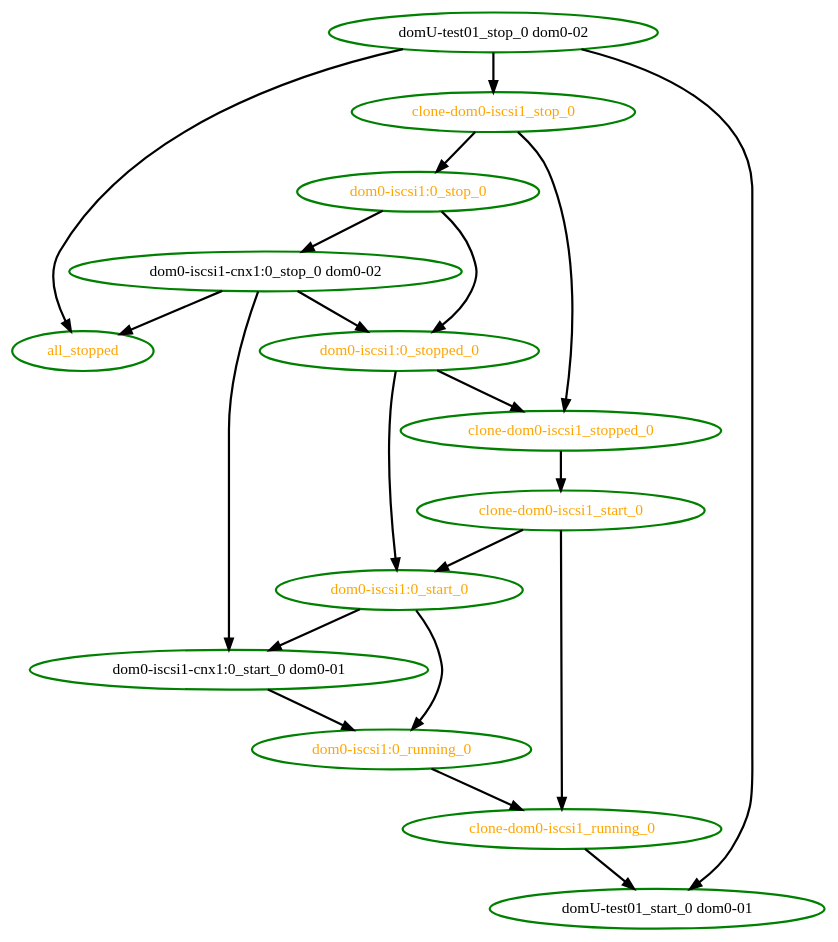
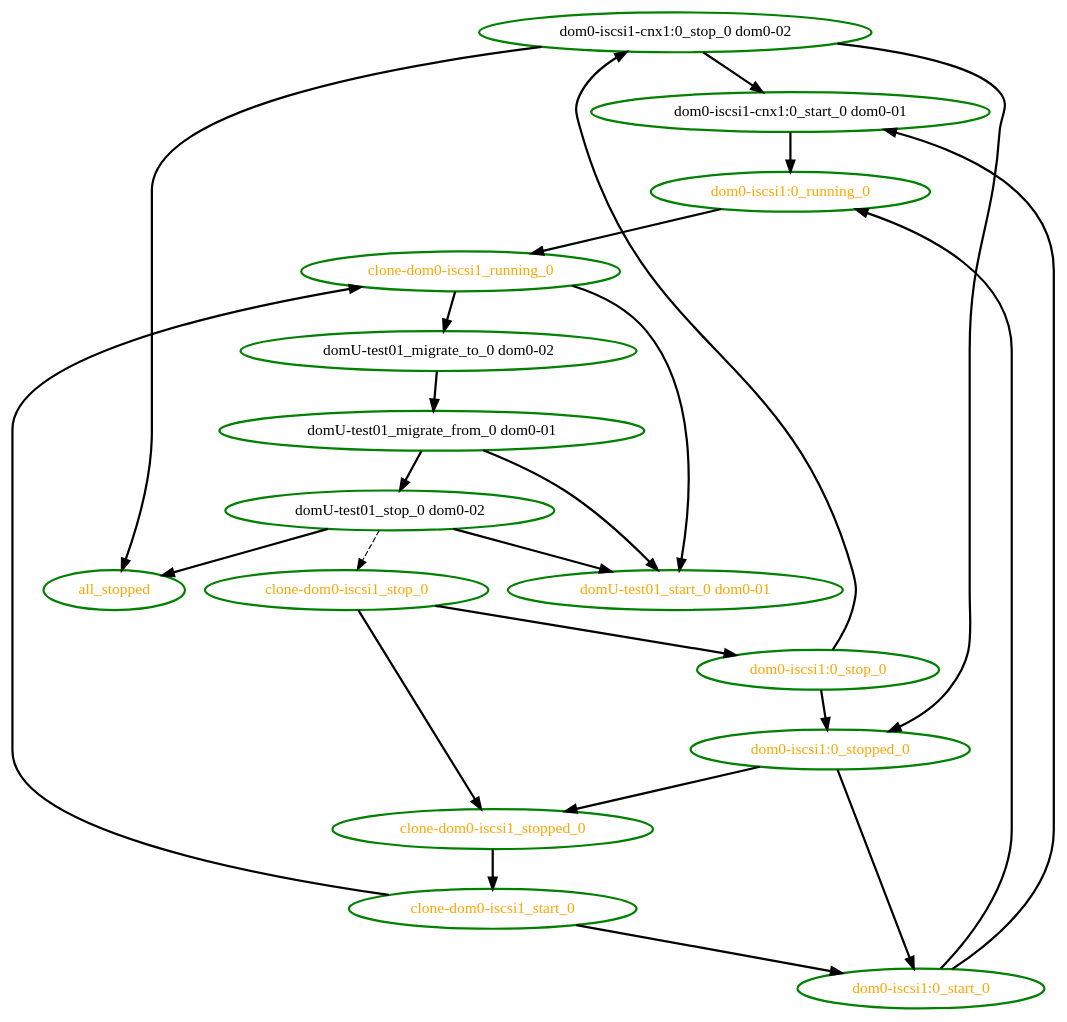
One commit to ClusterLabs/pacemaker changed the diagram in pengine/test10/migrate-stop_start.dot. Above: the diagram before and after it, drawn with Graphviz. The commit also changed 64 other files, not shown here.

```diff
--- a/pengine/test10/migrate-stop_start.dot
+++ b/pengine/test10/migrate-stop_start.dot
@@ -1,35 +1,41 @@
 digraph "g" {
 "all_stopped" [ style=bold color="green" fontcolor="orange" ]
+"clone-dom0-iscsi1_running_0" -> "domU-test01_migrate_to_0 dom0-02" [ style = bold]
 "clone-dom0-iscsi1_running_0" -> "domU-test01_start_0 dom0-01" [ style = bold]
 "clone-dom0-iscsi1_running_0" [ style=bold color="green" fontcolor="orange" ]
 "clone-dom0-iscsi1_start_0" -> "clone-dom0-iscsi1_running_0" [ style = bold]
 "clone-dom0-iscsi1_start_0" -> "dom0-iscsi1:0_start_0" [ style = bold]
 "clone-dom0-iscsi1_start_0" [ style=bold color="green" fontcolor="orange" ]
 "clone-dom0-iscsi1_stop_0" -> "clone-dom0-iscsi1_stopped_0" [ style = bold]
 "clone-dom0-iscsi1_stop_0" -> "dom0-iscsi1:0_stop_0" [ style = bold]
 "clone-dom0-iscsi1_stop_0" [ style=bold color="green" fontcolor="orange" ]
 "clone-dom0-iscsi1_stopped_0" -> "clone-dom0-iscsi1_start_0" [ style = bold]
 "clone-dom0-iscsi1_stopped_0" [ style=bold color="green" fontcolor="orange" ]
 "dom0-iscsi1-cnx1:0_start_0 dom0-01" -> "dom0-iscsi1:0_running_0" [ style = bold]
 "dom0-iscsi1-cnx1:0_start_0 dom0-01" [ style=bold color="green" fontcolor="black" ]
 "dom0-iscsi1-cnx1:0_stop_0 dom0-02" -> "all_stopped" [ style = bold]
 "dom0-iscsi1-cnx1:0_stop_0 dom0-02" -> "dom0-iscsi1-cnx1:0_start_0 dom0-01" [ style = bold]
 "dom0-iscsi1-cnx1:0_stop_0 dom0-02" -> "dom0-iscsi1:0_stopped_0" [ style = bold]
 "dom0-iscsi1-cnx1:0_stop_0 dom0-02" [ style=bold color="green" fontcolor="black" ]
 "dom0-iscsi1:0_running_0" -> "clone-dom0-iscsi1_running_0" [ style = bold]
 "dom0-iscsi1:0_running_0" [ style=bold color="green" fontcolor="orange" ]
 "dom0-iscsi1:0_start_0" -> "dom0-iscsi1-cnx1:0_start_0 dom0-01" [ style = bold]
 "dom0-iscsi1:0_start_0" -> "dom0-iscsi1:0_running_0" [ style = bold]
 "dom0-iscsi1:0_start_0" [ style=bold color="green" fontcolor="orange" ]
 "dom0-iscsi1:0_stop_0" -> "dom0-iscsi1-cnx1:0_stop_0 dom0-02" [ style = bold]
 "dom0-iscsi1:0_stop_0" -> "dom0-iscsi1:0_stopped_0" [ style = bold]
 "dom0-iscsi1:0_stop_0" [ style=bold color="green" fontcolor="orange" ]
 "dom0-iscsi1:0_stopped_0" -> "clone-dom0-iscsi1_stopped_0" [ style = bold]
 "dom0-iscsi1:0_stopped_0" -> "dom0-iscsi1:0_start_0" [ style = bold]
 "dom0-iscsi1:0_stopped_0" [ style=bold color="green" fontcolor="orange" ]
-"domU-test01_start_0 dom0-01" [ style=bold color="green" fontcolor="black" ]
+"domU-test01_migrate_from_0 dom0-01" -> "domU-test01_start_0 dom0-01" [ style = bold]
+"domU-test01_migrate_from_0 dom0-01" -> "domU-test01_stop_0 dom0-02" [ style = bold]
+"domU-test01_migrate_from_0 dom0-01" [ style=bold color="green" fontcolor="black"]
+"domU-test01_migrate_to_0 dom0-02" -> "domU-test01_migrate_from_0 dom0-01" [ style = bold]
+"domU-test01_migrate_to_0 dom0-02" [ style=bold color="green" fontcolor="black"]
+"domU-test01_start_0 dom0-01" [ style=bold color="green" fontcolor="orange"]
 "domU-test01_stop_0 dom0-02" -> "all_stopped" [ style = bold]
-"domU-test01_stop_0 dom0-02" -> "clone-dom0-iscsi1_stop_0" [ style = bold]
+"domU-test01_stop_0 dom0-02" -> "clone-dom0-iscsi1_stop_0" [ style = dashed]
 "domU-test01_stop_0 dom0-02" -> "domU-test01_start_0 dom0-01" [ style = bold]
 "domU-test01_stop_0 dom0-02" [ style=bold color="green" fontcolor="black" ]
 }
```
